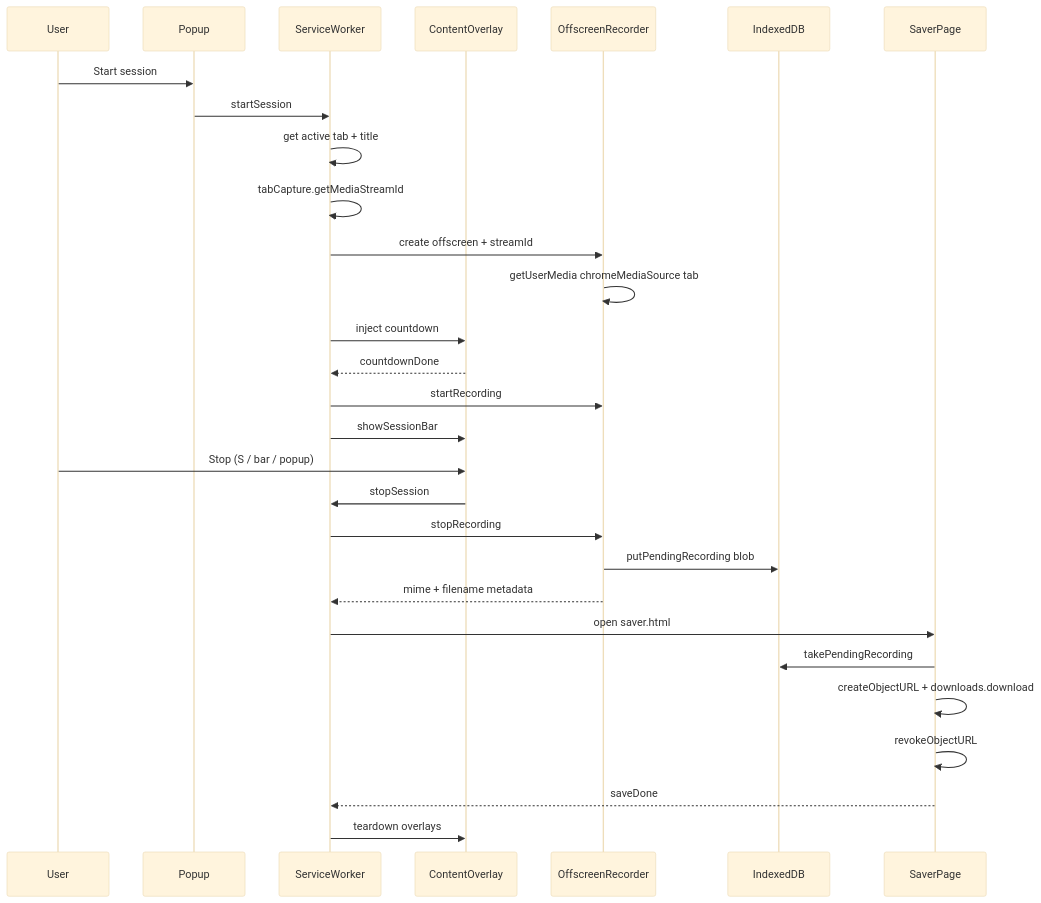
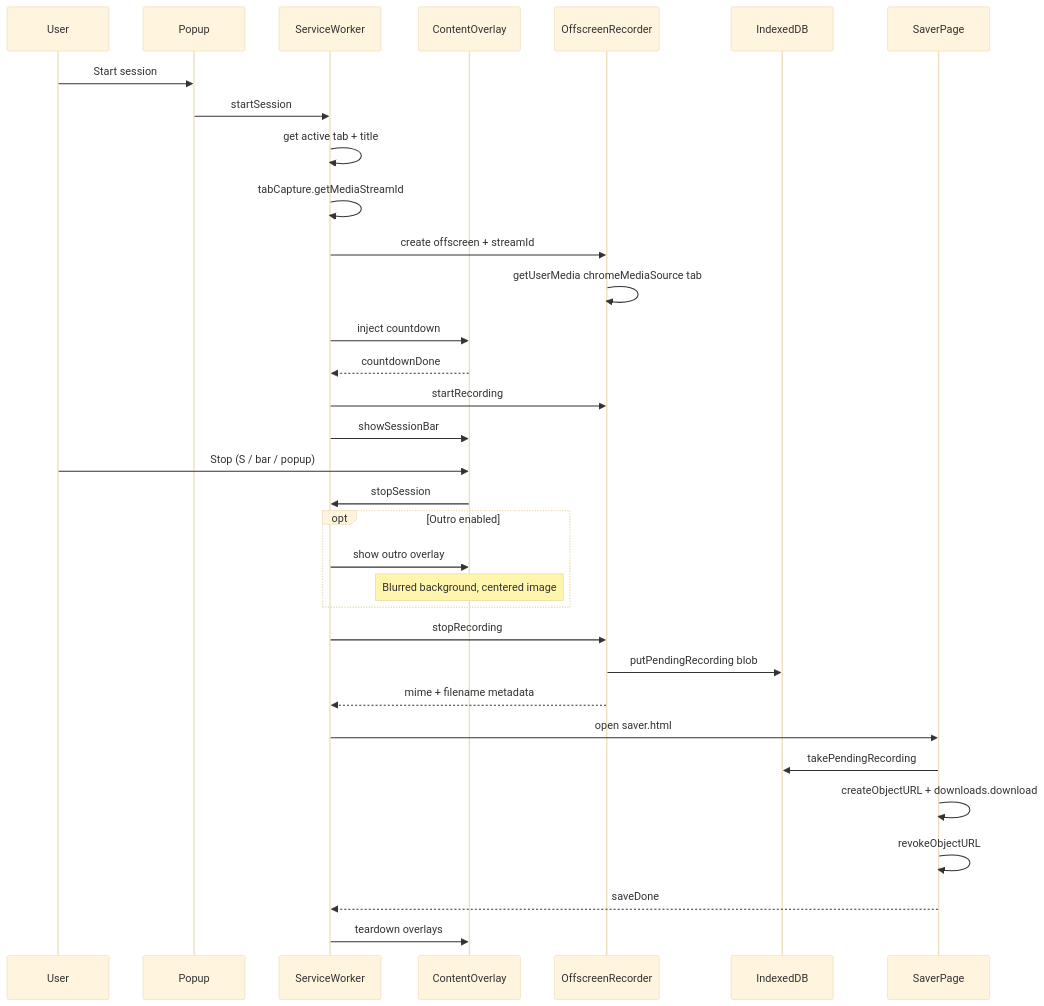
The diagram in README.md (exergy-connect/xFrame-plugin), drawn with Mermaid (base theme) before and after one commit. The commit also changed other lines of this file and 7 other files, not shown here.

First line of the commit message:
Add optional blurred outro image after Stop & save.

````diff
--- a/README.md
+++ b/README.md
@@ -146,32 +147,36 @@
 ```mermaid
 sequenceDiagram
   participant User
   participant Popup
   participant SW as ServiceWorker
   participant CS as ContentOverlay
   participant OS as OffscreenRecorder
   participant IDB as IndexedDB
   participant Saver as SaverPage
 
   User->>Popup: Start session
   Popup->>SW: startSession
   SW->>SW: get active tab + title
   SW->>SW: tabCapture.getMediaStreamId
   SW->>OS: create offscreen + streamId
   OS->>OS: getUserMedia chromeMediaSource tab
   SW->>CS: inject countdown
   CS-->>SW: countdownDone
   SW->>OS: startRecording
   SW->>CS: showSessionBar
   User->>CS: Stop (S / bar / popup)
   CS->>SW: stopSession
+  opt Outro enabled
+    SW->>CS: show outro overlay
+    Note over CS: Blurred background, centered image
+  end
   SW->>OS: stopRecording
   OS->>IDB: putPendingRecording blob
   OS-->>SW: mime + filename metadata
   SW->>Saver: open saver.html
   Saver->>IDB: takePendingRecording
   Saver->>Saver: createObjectURL + downloads.download
   Saver->>Saver: revokeObjectURL
   Saver-->>SW: saveDone
   SW->>CS: teardown overlays
 ```
````
